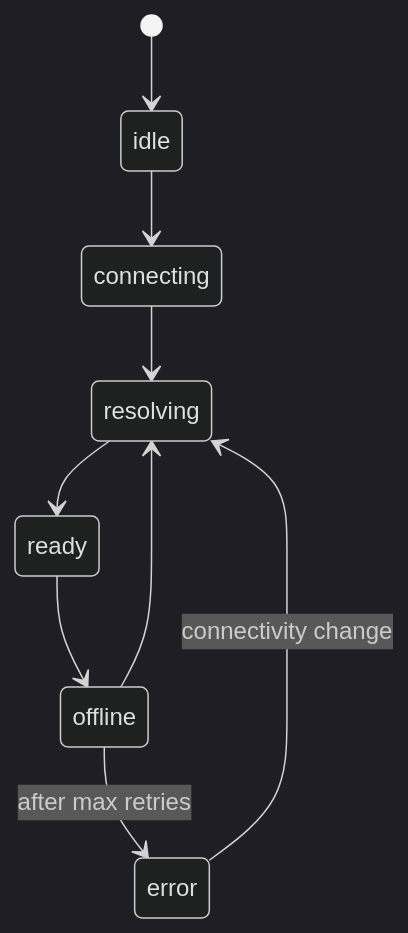
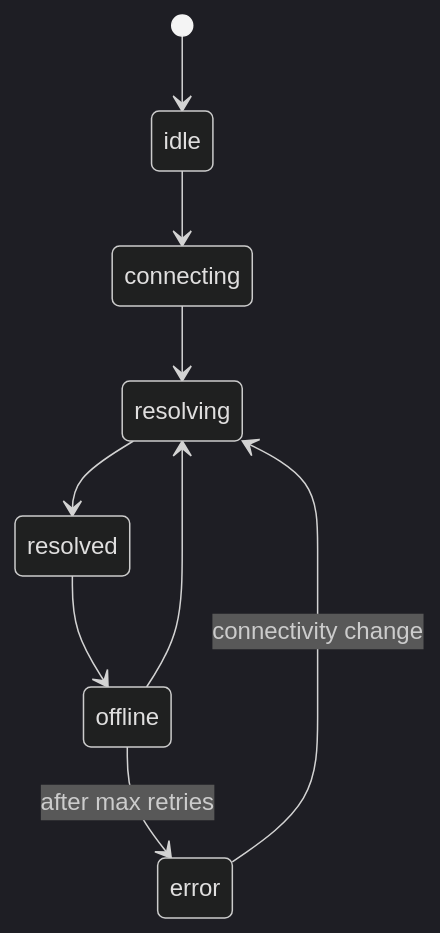
One commit to robelest/convex-embedded changed the diagram in docs/src/routes/api/browser/+page.md. Above: the diagram before and after it, drawn with Mermaid (dark theme). The commit also changed other lines of this file and 368 other files, not shown here.

````diff
--- a/docs/src/routes/api/browser/+page.md
+++ b/docs/src/routes/api/browser/+page.md
@@ -234,11 +250,11 @@
 ```mermaid
 stateDiagram-v2
     [*] --> idle
     idle --> connecting
     connecting --> resolving
-    resolving --> ready
-    ready --> offline
+    resolving --> resolved
+    resolved --> offline
     offline --> resolving
     offline --> error : after max retries
     error --> resolving : connectivity change
 ```
````
